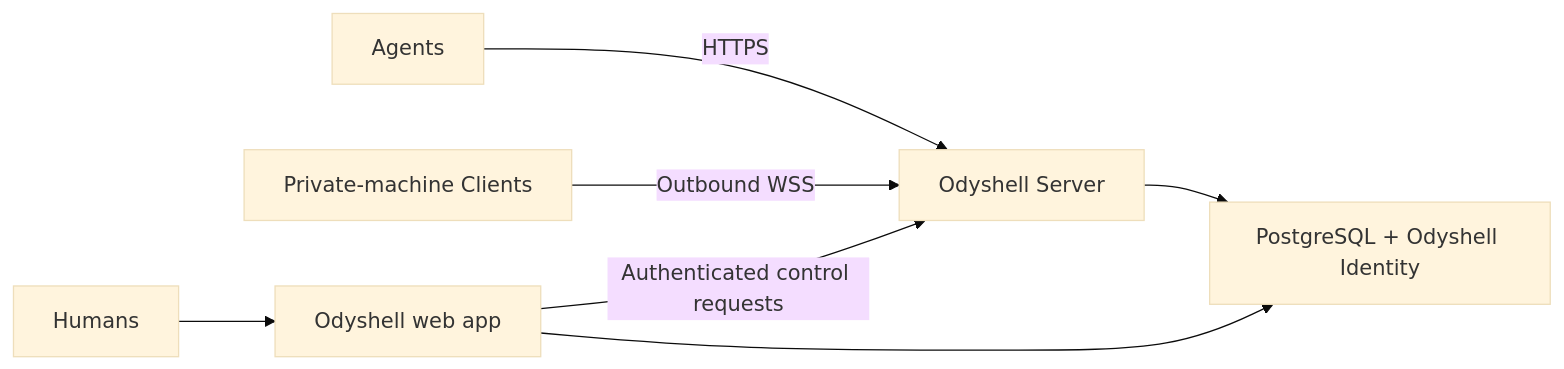
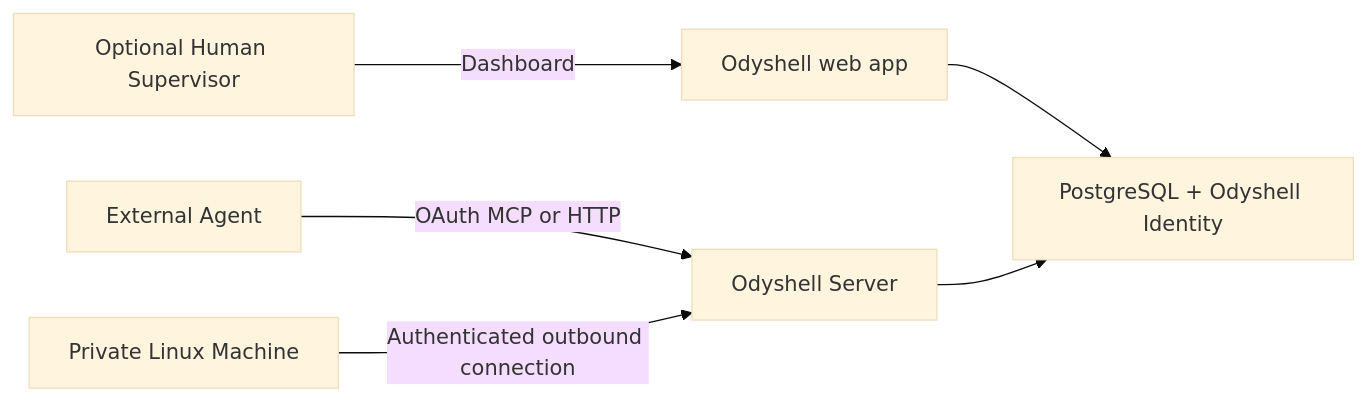
The diagram in docs/self-hosting.md (kapeka0/Odyshell), drawn with Mermaid (base theme) before and after one commit. The commit also changed other lines of this file and 29 other files, not shown here.

````diff
--- a/docs/self-hosting.md
+++ b/docs/self-hosting.md
@@ -6,9 +7,8 @@
 ```mermaid
 flowchart LR
-    A["Agents"] -->|"HTTPS"| S["Odyshell Server"]
-    C["Private-machine Clients"] -->|"Outbound WSS"| S
-    H["Humans"] --> W["Odyshell web app"]
-    W -->|"Authenticated control requests"| S
-    W --> P["PostgreSQL + Odyshell Identity"]
-    S --> P
+  A["External Agent"] -->|"OAuth MCP or HTTP"| S["Odyshell Server"]
+  H["Optional Human Supervisor"] -->|"Dashboard"| W["Odyshell web app"]
+  W --> P["PostgreSQL + Odyshell Identity"]
+  S --> P
+  M["Private Linux Machine"] -->|"Authenticated outbound connection"| S
 ```
````
